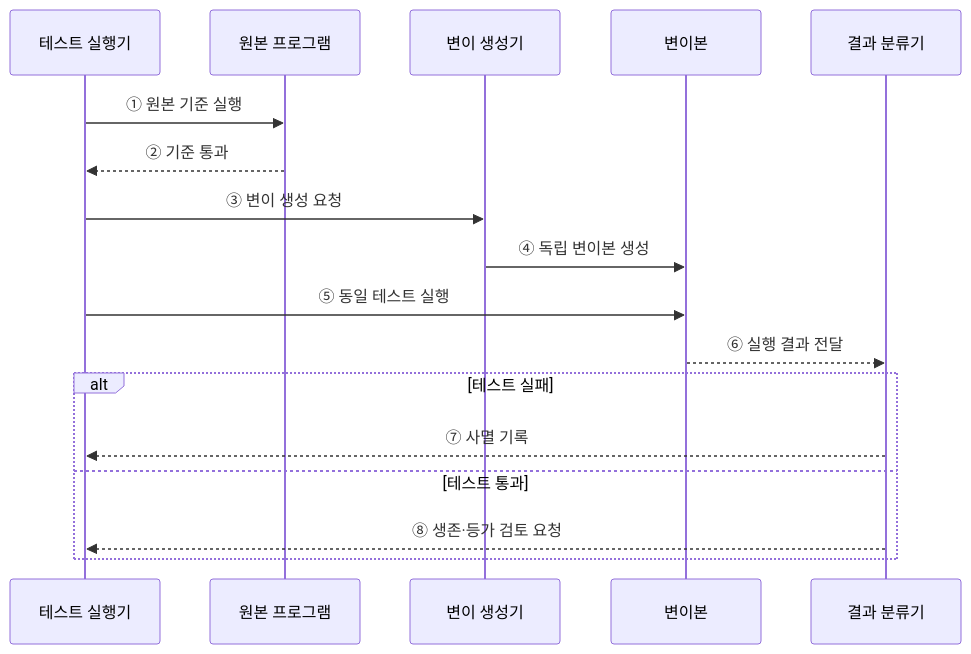
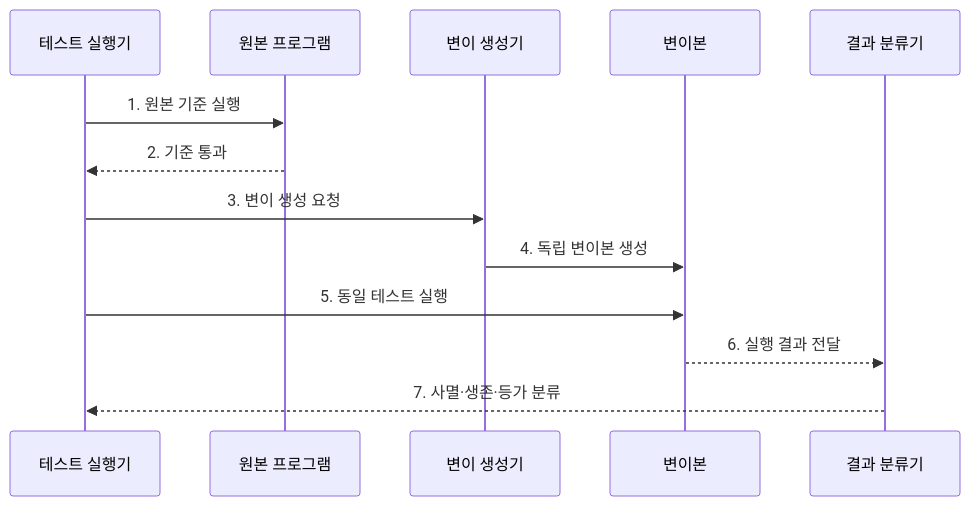
Before and after one commit to agnusdei1207/knowledge-base: the second of 2 diagrams in src/content/docs/notes/03-software/061_mutation_testing.md, drawn with Mermaid. The commit also changed other lines of this file and 20 other files, not shown here.

````diff
--- a/src/content/docs/notes/03-software/061_mutation_testing.md
+++ b/src/content/docs/notes/03-software/061_mutation_testing.md
@@ -79,19 +81,15 @@
 ```mermaid
 sequenceDiagram
     participant R as 테스트 실행기
     participant O as 원본 프로그램
     participant G as 변이 생성기
     participant M as 변이본
     participant C as 결과 분류기
-    R->>O: ① 원본 기준 실행
-    O-->>R: ② 기준 통과
-    R->>G: ③ 변이 생성 요청
-    G->>M: ④ 독립 변이본 생성
-    R->>M: ⑤ 동일 테스트 실행
-    M-->>C: ⑥ 실행 결과 전달
-    alt 테스트 실패
-        C-->>R: ⑦ 사멸 기록
-    else 테스트 통과
-        C-->>R: ⑧ 생존·등가 검토 요청
-    end
+    R->>O: 1. 원본 기준 실행
+    O-->>R: 2. 기준 통과
+    R->>G: 3. 변이 생성 요청
+    G->>M: 4. 독립 변이본 생성
+    R->>M: 5. 동일 테스트 실행
+    M-->>C: 6. 실행 결과 전달
+    C-->>R: 7. 사멸·생존·등가 분류
 ```
````
